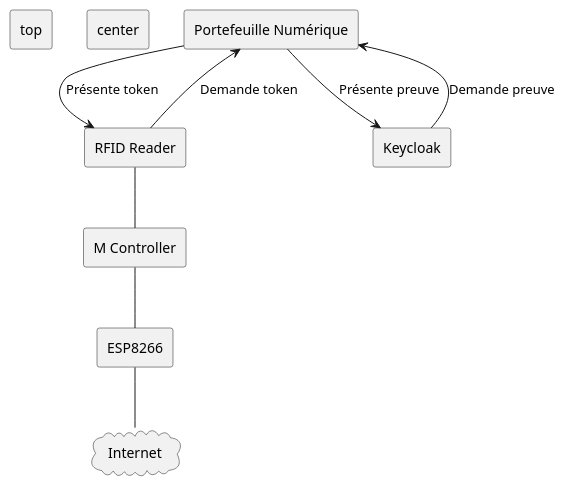
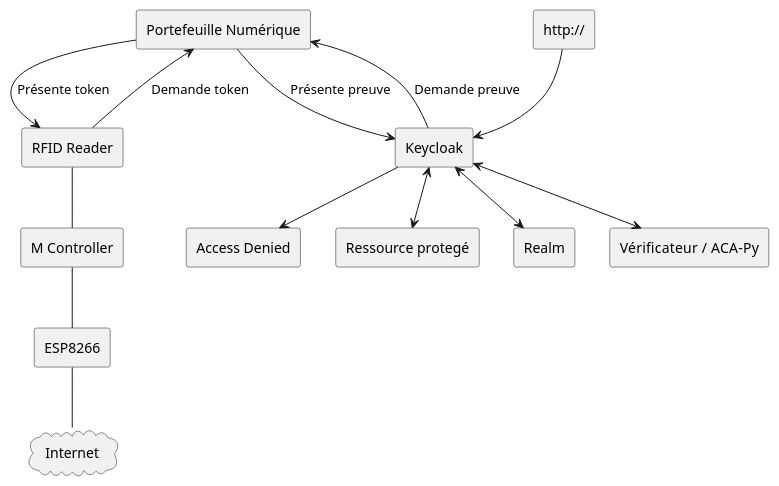
One commit to CQEN-QDCE/exp-attestation-emploie-acces changed the diagram in doc/ArchitectureGlobale.puml. Above: the diagram before and after it, drawn with PlantUML.

```diff
--- a/doc/ArchitectureGlobale.puml
+++ b/doc/ArchitectureGlobale.puml
@@ -1,27 +1,32 @@
 @startuml
 agent "Portefeuille Numérique" as wallet
 agent "RFID Reader" as reader
 agent "M Controller" as controller
 agent ESP8266
 agent Keycloak
+agent "http://" as URL
+agent "Access Denied" as Denied
+agent "Ressource protegé" as Protege
+agent Realm
+agent "Vérificateur /  ACA-Py" as Verif
 cloud Internet
 
 '**************
 'DÉFINITION DES LIENS
 '**************
-rectangle top {
+
 wallet --> reader : "Présente token"
 reader --> wallet : "Demande token"
 reader -- controller
 controller -- ESP8266
 ESP8266 -- Internet
-}
 
-rectangle center {
+
 wallet --> Keycloak : "Présente preuve"
 Keycloak --> wallet : "Demande preuve"
-
-}
-
-
+URL --> Keycloak
+Keycloak --> Denied
+Keycloak <--> Protege
+Keycloak <--> Realm
+Keycloak <--> Verif
 @enduml
```
